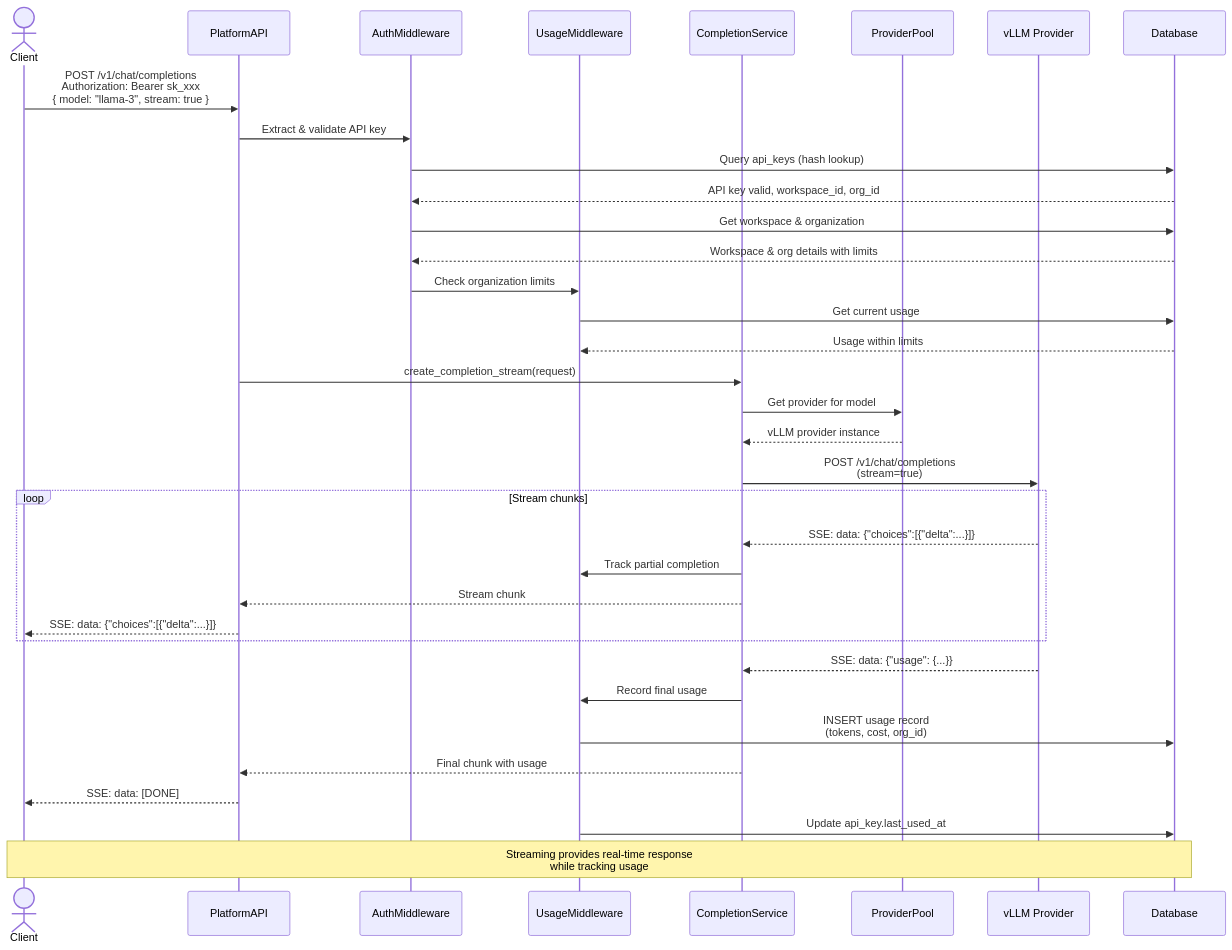
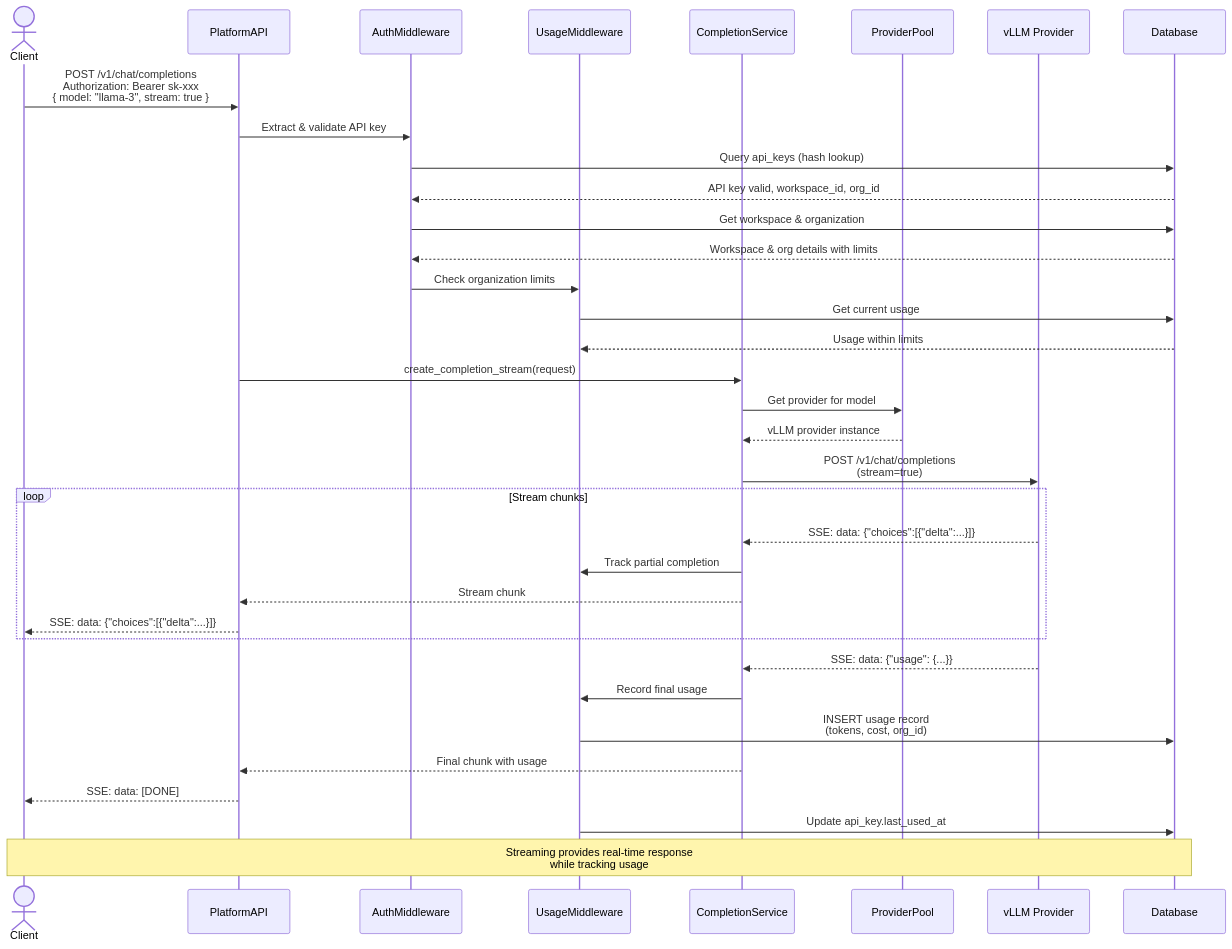
The fifth of 15 diagrams in docs/architecture/c4-diagrams.md (nearai/cloud-api), drawn with Mermaid before and after one commit. The commit also changed other lines of this file and 5 other files, not shown here.

````diff
--- a/docs/architecture/c4-diagrams.md
+++ b/docs/architecture/c4-diagrams.md
@@ -446,48 +446,48 @@
 ```mermaid
 sequenceDiagram
     actor Client
     participant PlatformAPI
     participant AuthMiddleware
     participant UsageMiddleware
     participant CompletionService
     participant ProviderPool
     participant vLLM as vLLM Provider
     participant Database
     
-    Client->>PlatformAPI: POST /v1/chat/completions<br/>Authorization: Bearer sk_xxx<br/>{ model: "llama-3", stream: true }
+    Client->>PlatformAPI: POST /v1/chat/completions<br/>Authorization: Bearer sk-xxx<br/>{ model: "llama-3", stream: true }
     
     PlatformAPI->>AuthMiddleware: Extract & validate API key
     AuthMiddleware->>Database: Query api_keys (hash lookup)
     Database-->>AuthMiddleware: API key valid, workspace_id, org_id
     
     AuthMiddleware->>Database: Get workspace & organization
     Database-->>AuthMiddleware: Workspace & org details with limits
     
     AuthMiddleware->>UsageMiddleware: Check organization limits
     UsageMiddleware->>Database: Get current usage
     Database-->>UsageMiddleware: Usage within limits
     
     PlatformAPI->>CompletionService: create_completion_stream(request)
     CompletionService->>ProviderPool: Get provider for model
     ProviderPool-->>CompletionService: vLLM provider instance
     
     CompletionService->>vLLM: POST /v1/chat/completions<br/>(stream=true)
     
     loop Stream chunks
         vLLM-->>CompletionService: SSE: data: {"choices":[{"delta":...}]}
         CompletionService->>UsageMiddleware: Track partial completion
         CompletionService-->>PlatformAPI: Stream chunk
         PlatformAPI-->>Client: SSE: data: {"choices":[{"delta":...}]}
     end
     
     vLLM-->>CompletionService: SSE: data: {"usage": {...}}
     CompletionService->>UsageMiddleware: Record final usage
     UsageMiddleware->>Database: INSERT usage record<br/>(tokens, cost, org_id)
     
     CompletionService-->>PlatformAPI: Final chunk with usage
     PlatformAPI-->>Client: SSE: data: [DONE]
     
     UsageMiddleware->>Database: Update api_key.last_used_at
     
     Note over Client,Database: Streaming provides real-time response<br/>while tracking usage
 ```
````
